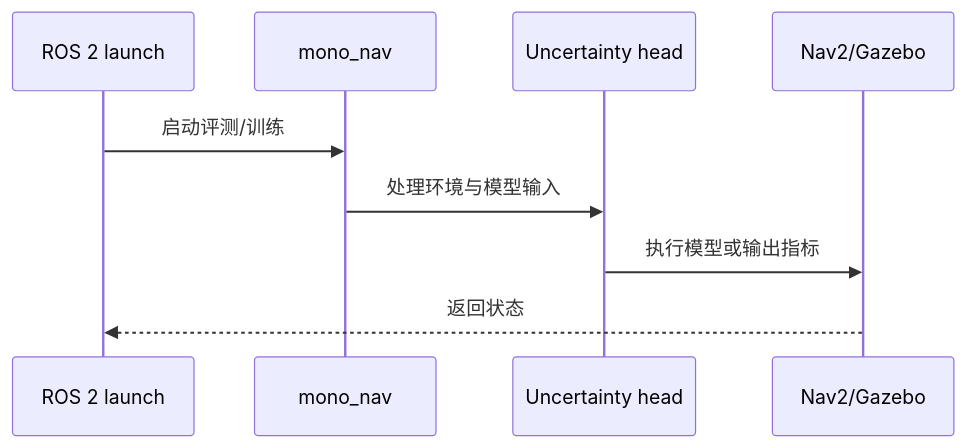
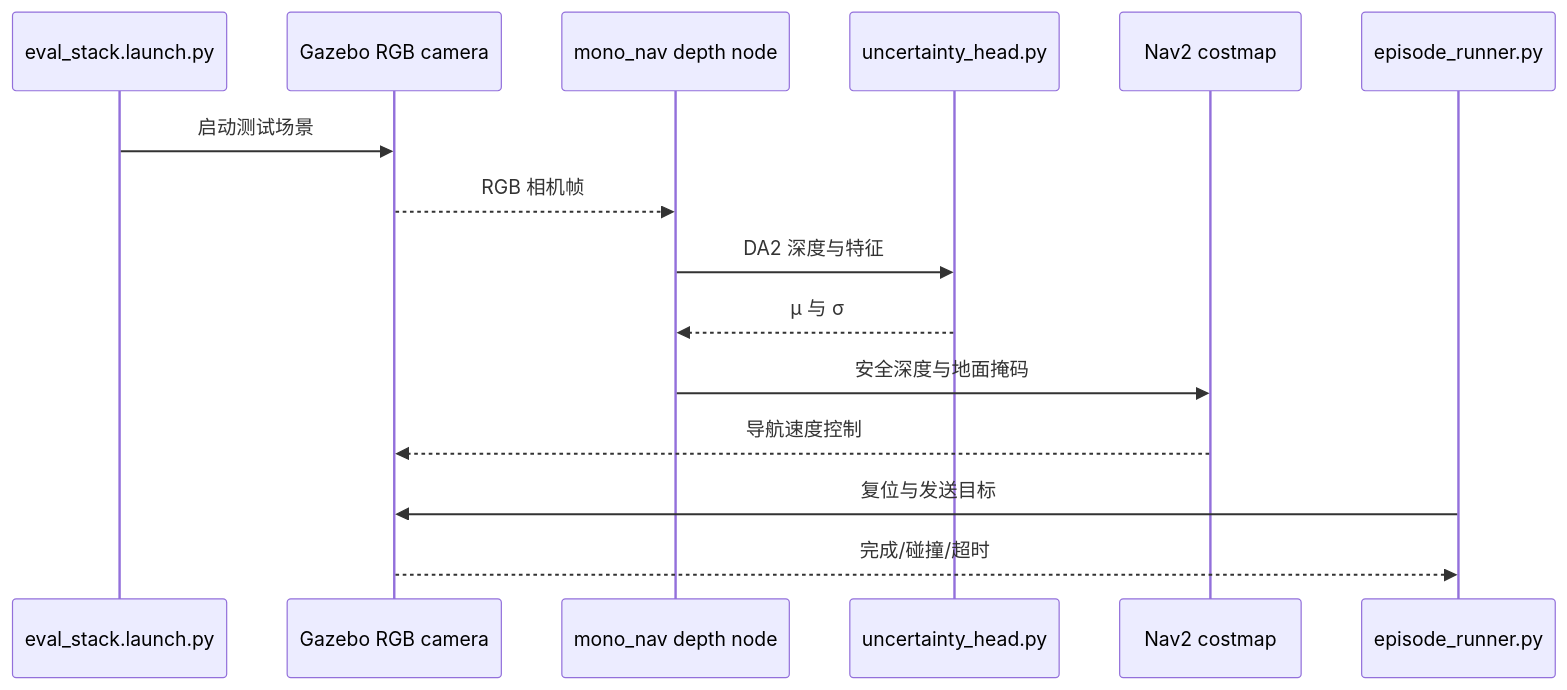
One commit to ImChong/Robotics_Notebooks changed the second of 2 diagrams in wiki/entities/paper-safe-depth.md. Above: the diagram before and after it, drawn with Mermaid. The commit also changed other lines of this file and 5 other files, not shown here.

`````diff
--- a/wiki/entities/paper-safe-depth.md
+++ b/wiki/entities/paper-safe-depth.md
@@ -81,11 +81,17 @@
 ```mermaid
 sequenceDiagram
-  participant A0 as ROS 2 launch
-  participant A1 as mono_nav
-  participant A2 as Uncertainty head
-  participant A3 as Nav2/Gazebo
-  A0->>A1: 启动评测/训练
-  A1->>A2: 处理环境与模型输入
-  A2->>A3: 执行模型或输出指标
-  A3-->>A0: 返回状态
-````
+  participant Launch as eval_stack.launch.py
+  participant Gazebo as Gazebo RGB camera
+  participant Depth as mono_nav depth node
+  participant Head as uncertainty_head.py
+  participant Nav as Nav2 costmap
+  participant Runner as episode_runner.py
+  Launch->>Gazebo: 启动测试场景
+  Gazebo-->>Depth: RGB 相机帧
+  Depth->>Head: DA2 深度与特征
+  Head-->>Depth: μ 与 σ
+  Depth->>Nav: 安全深度与地面掩码
+  Nav-->>Gazebo: 导航速度控制
+  Runner->>Gazebo: 复位与发送目标
+  Gazebo-->>Runner: 完成/碰撞/超时
+```
`````
